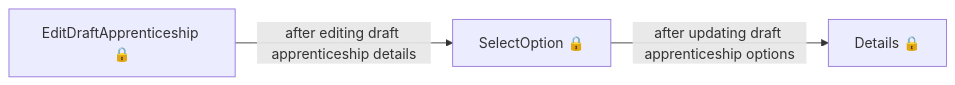
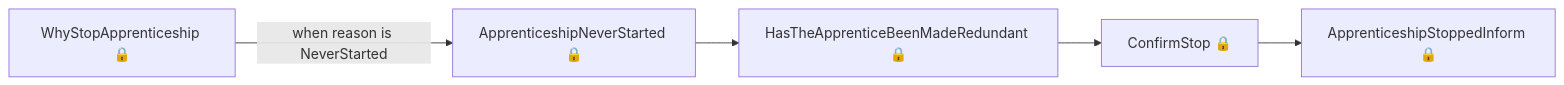
One commit to talentconsulting/atlas-dfe changed the third of 7 diagrams in das-employercommitments-v2/user-journeys/user-journeys.md. Above: the diagram before and after it, drawn with Mermaid. The commit also changed other lines of this file and 36 other files, not shown here.

````diff
--- a/das-employercommitments-v2/user-journeys/user-journeys.md
+++ b/das-employercommitments-v2/user-journeys/user-journeys.md
@@ -20,5 +37,7 @@
 ```mermaid
 flowchart LR
-  p0["EditDraftApprenticeship 🔒"] -->|"after editing draft apprenticeship details"| p1["SelectOption 🔒"]
-  p1["SelectOption 🔒"] -->|"after updating draft apprenticeship options"| p2["Details 🔒"]
+  p0["WhyStopApprenticeship 🔒"] -->|"when reason is NeverStarted"| p1["ApprenticeshipNeverStarted 🔒"]
+  p1["ApprenticeshipNeverStarted 🔒"] --> p2["HasTheApprenticeBeenMadeRedundant 🔒"]
+  p2["HasTheApprenticeBeenMadeRedundant 🔒"] --> p3["ConfirmStop 🔒"]
+  p3["ConfirmStop 🔒"] --> p4["ApprenticeshipStoppedInform 🔒"]
 ```
````
